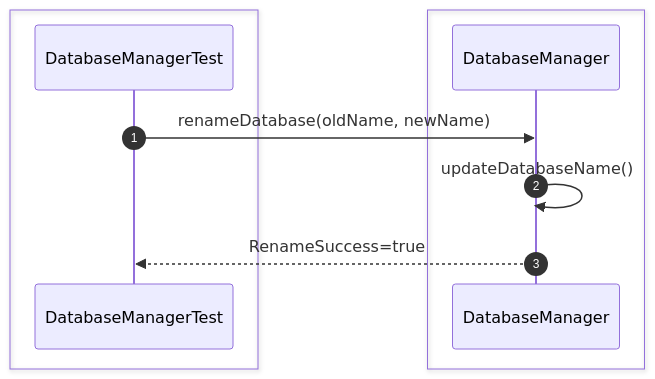
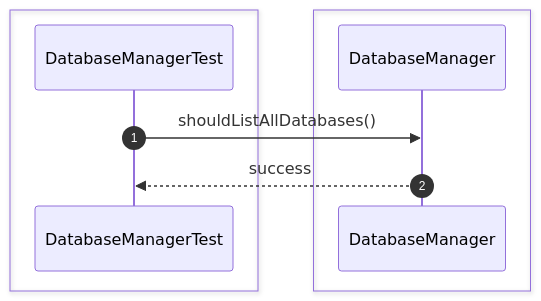
One commit to Huy1801214/dbms-architecture changed diagram 13 of 44 in src/sequence/db-server.md. Above: the diagram before and after it, drawn with Mermaid. The commit also changed other lines of this file and 68 other files, not shown here.

Commit message:
implement comprehensive unit test suite and architectural sequence documentation

````diff
--- a/src/sequence/db-server.md
+++ b/src/sequence/db-server.md
@@ -234,15 +188,13 @@
 ```mermaid
 sequenceDiagram
     autonumber
-
     box #e1f5fe Test Suite
     participant Test as DatabaseManagerTest
     end
-    box #e3f2fd Server Managers
-    participant Manager as DatabaseManager
+    box #e3f2fd DatabaseManager Component
+    participant DM as DatabaseManager
     end
 
-    Test->>Manager: renameDatabase(oldName, newName)
-    Manager->>Manager: updateDatabaseName()
-    Manager-->>Test: RenameSuccess=true
+    Test->>DM: shouldListAllDatabases()
+    DM-->>Test: success
 ```
````
